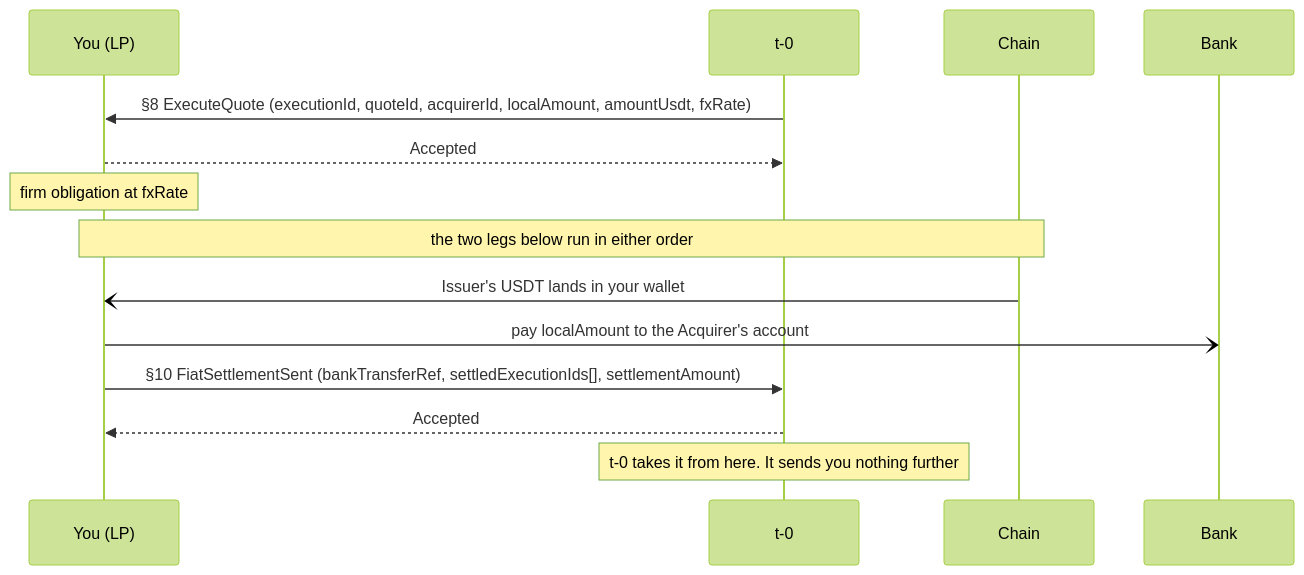
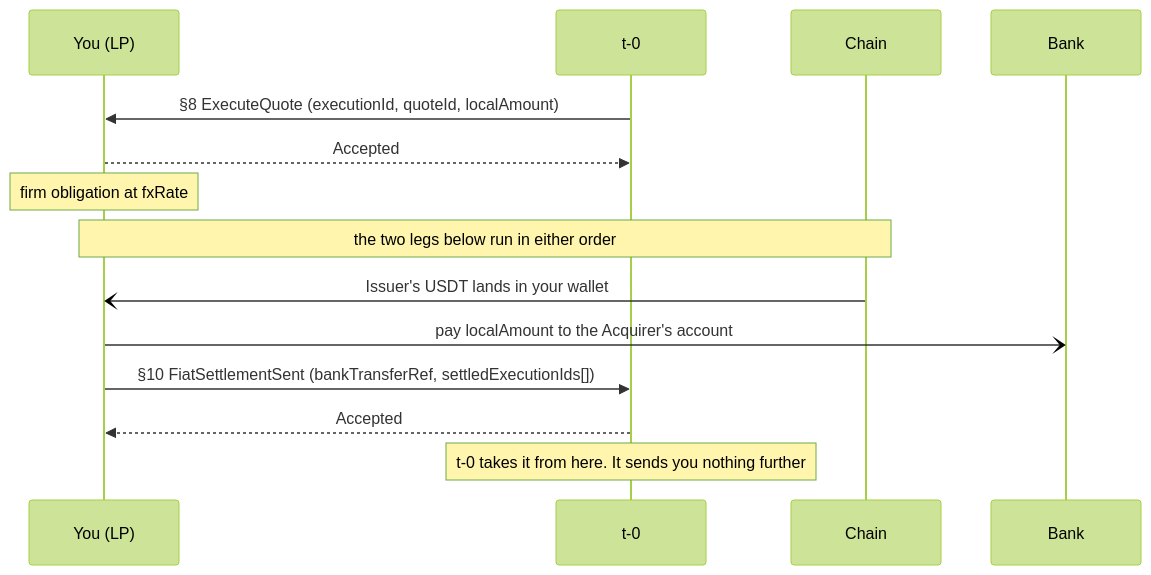
Before and after one commit to t-0-network/usdt-pay-docs: the second of 2 diagrams in content/docs/payments/liquidity-provider.md, drawn with Mermaid (forest theme). The commit also changed other lines of this file and 2 other files, not shown here.

First line of the commit message:
docs: trim diagram labels and fix stop-slop issues in role pages

````diff
--- a/content/docs/payments/liquidity-provider.md
+++ b/content/docs/payments/liquidity-provider.md
@@ -50,17 +51,17 @@
 ```mermaid
 sequenceDiagram
     participant LP as You (LP)
     participant T0 as t-0
     participant BC as Chain
     participant BANK as Bank
 
-    T0->>LP: §8 ExecuteQuote (executionId, quoteId, acquirerId, localAmount, amountUsdt, fxRate)
+    T0->>LP: §8 ExecuteQuote (executionId, quoteId, localAmount)
     LP-->>T0: Accepted
     Note over LP: firm obligation at fxRate
     Note over LP,BC: the two legs below run in either order
     BC-)LP: Issuer's USDT lands in your wallet
     LP-)BANK: pay localAmount to the Acquirer's account
-    LP->>T0: §10 FiatSettlementSent (bankTransferRef, settledExecutionIds[], settlementAmount)
+    LP->>T0: §10 FiatSettlementSent (bankTransferRef, settledExecutionIds[])
     T0-->>LP: Accepted
     Note over T0: t-0 takes it from here. It sends you nothing further
 ```
````
